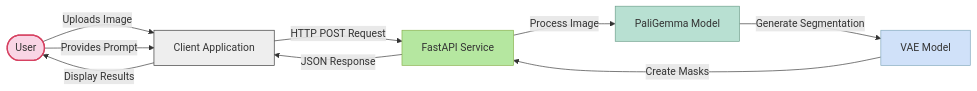
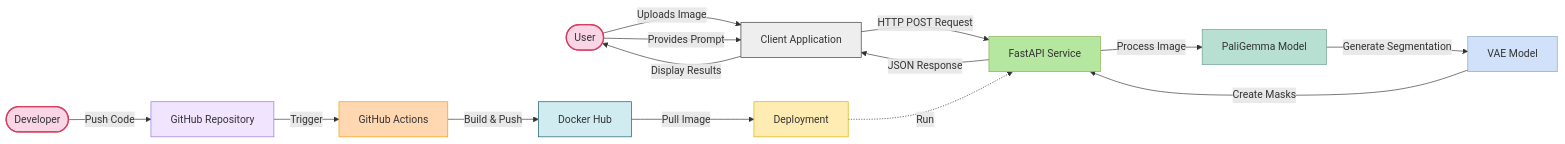
Before and after one commit to JoeJoe1313/PaliGemma-Image-Segmentation: the first of 5 diagrams in README.md, drawn with Mermaid. The commit also changed other lines of this file, not shown here.

````diff
--- a/README.md
+++ b/README.md
@@ -36,19 +31,30 @@
 ```mermaid
 graph LR
     User([User]) -->|Uploads Image| Client[Client Application]
     User -->|Provides Prompt| Client
     
     Client -->|HTTP POST Request| API[FastAPI Service]
     API -->|Process Image| PaliGemma[PaliGemma Model]
     PaliGemma -->|Generate Segmentation| VAE[VAE Model]
     VAE -->|Create Masks| API
     
     API -->|JSON Response| Client
     Client -->|Display Results| User
     
+    Developer([Developer]) -->|Push Code| GitHub[GitHub Repository]
+    GitHub -->|Trigger| Actions[GitHub Actions]
+    Actions -->|Build & Push| DockerHub[Docker Hub]
+    DockerHub -->|Pull Image| Deployment[Deployment]
+    Deployment -.->|Run| API
+    
     style User fill:#f9d5e5,stroke:#d64161,stroke-width:2px
+    style Developer fill:#f9d5e5,stroke:#d64161,stroke-width:2px
     style Client fill:#eeeeee,stroke:#333333
     style API fill:#b5e7a0,stroke:#86af49
     style PaliGemma fill:#b8e0d2,stroke:#6a9c89
     style VAE fill:#d0e1f9,stroke:#7fa6bc
+    style GitHub fill:#f0e4ff,stroke:#9370db
+    style Actions fill:#ffd8b1,stroke:#ff9800
+    style DockerHub fill:#d1ecf1,stroke:#0c5460
+    style Deployment fill:#ffecb3,stroke:#d1b000
 ```
````
